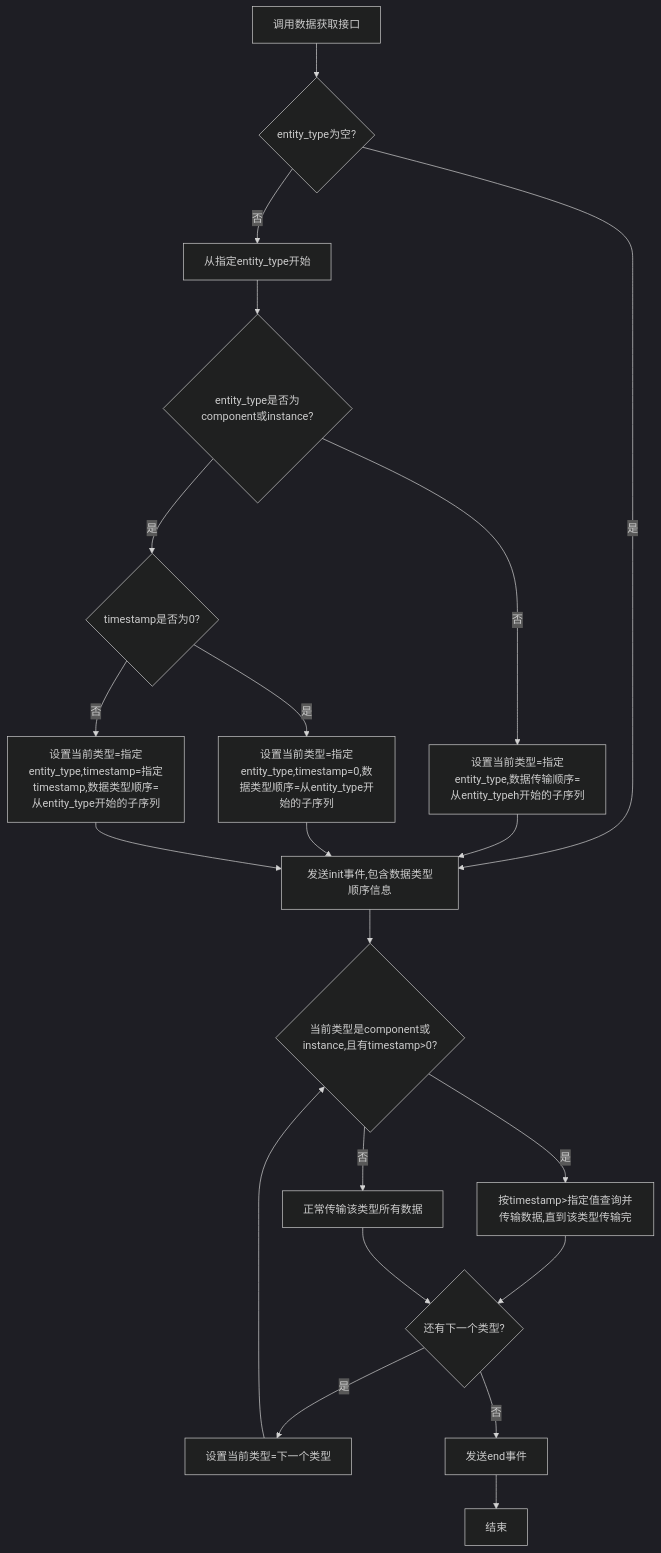
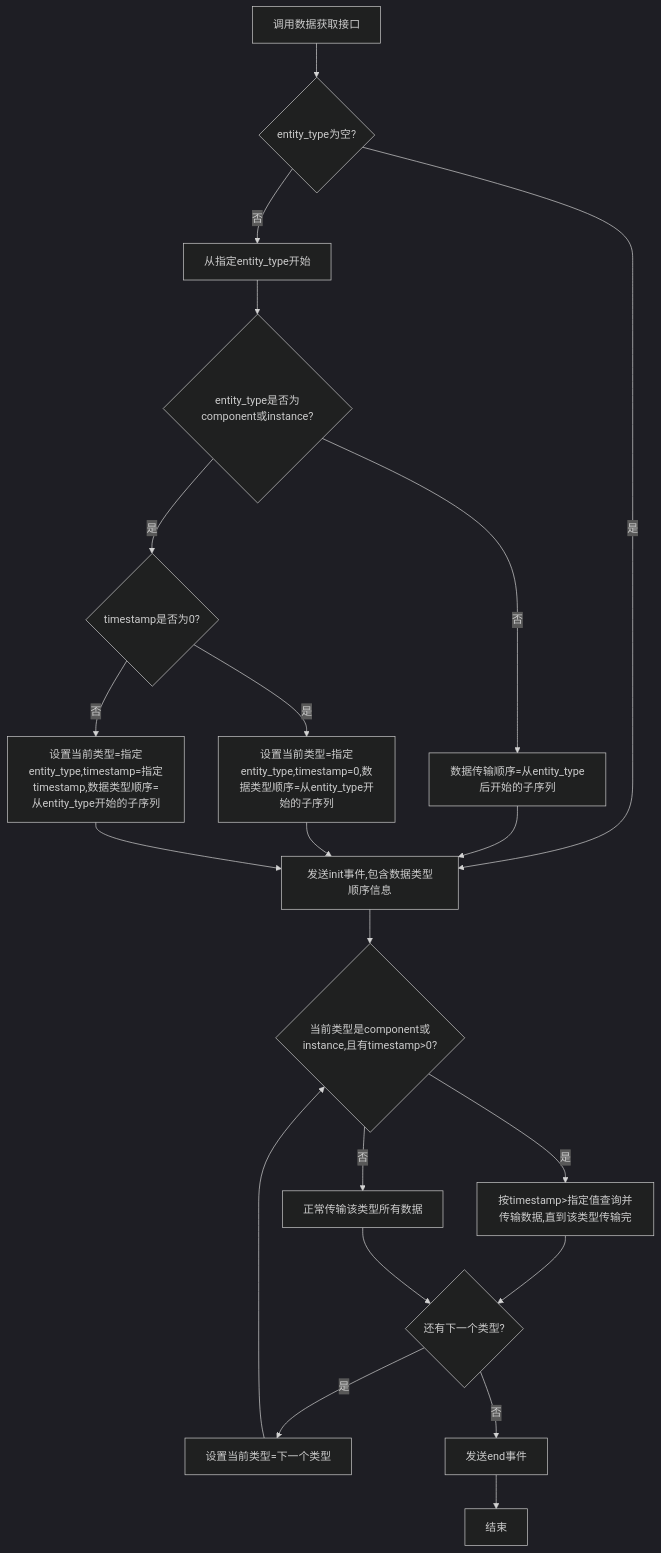
One commit to yingjianzh/iodraw-files changed the diagram in all/未命名-63.md. Above: the diagram before and after it, drawn with Mermaid (dark theme).

Commit message:
2025-05-19 13:45:15 update

````diff
--- a/all/未命名-63.md
+++ b/all/未命名-63.md
@@ -1,35 +1,35 @@
 ```mermaid
 
 flowchart TD
     A[调用数据获取接口] --> B{entity_type为空?}
 
     B -->|是| K[发送init事件,包含数据类型顺序信息]
     B -->|否| D[从指定entity_type开始]
     
     D --> F{entity_type是否为component或instance?}
     
-    F -->|否| G[设置当前类型=指定entity_type,数据传输顺序=从entity_typeh开始的子序列]
+    F -->|否| G[数据传输顺序=从entity_type后开始的子序列]
     F -->|是| H{timestamp是否为0?}
     
     H -->|是| I[设置当前类型=指定entity_type,timestamp=0,数据类型顺序=从entity_type开始的子序列]
     H -->|否| J[设置当前类型=指定entity_type,timestamp=指定timestamp,数据类型顺序=从entity_type开始的子序列]
     
     G --> K
     I --> K
     J --> K
     
    
     K --> P{当前类型是component或instance,且有timestamp>0?}
     P -->|是| Q[按timestamp>指定值查询并传输数据,直到该类型传输完]
     P -->|否| R[正常传输该类型所有数据]
     
     Q --> T{还有下一个类型?}
     R --> T
     
     T -->|是| U[设置当前类型=下一个类型]
     T -->|否| V[发送end事件]
     
     U --> P
     V --> W[结束]
 
 ```
````
